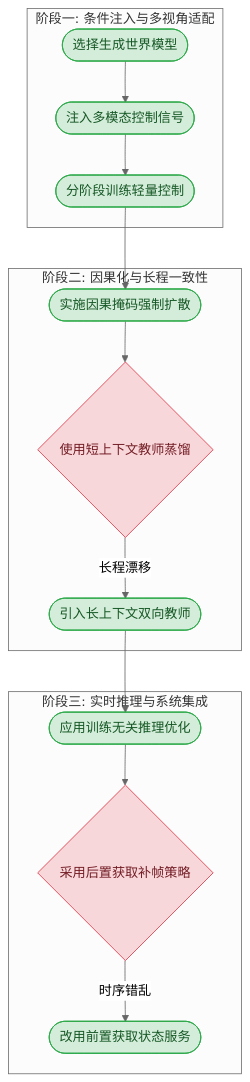
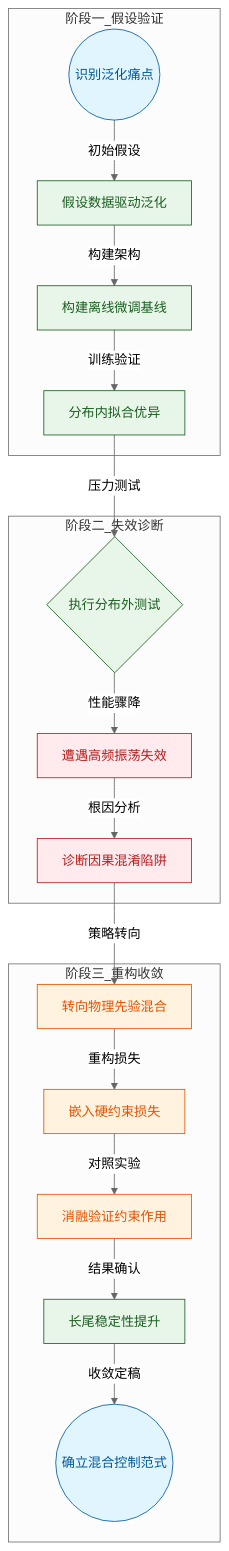
The seventh of 10 diagrams in person_vault/2026-06-12_OmniDreamsRealTimeGenerativeWorldModel_2606.03159/report.md (ShinewineW/paper-rolling), drawn with Mermaid (neutral theme) before and after one commit. The commit also changed other lines of this file and 300 other files, not shown here.

````diff
--- a/person_vault/2026-06-12_OmniDreamsRealTimeGenerativeWorldModel_2606.03159/report.md
+++ b/person_vault/2026-06-12_OmniDreamsRealTimeGenerativeWorldModel_2606.03159/report.md
@@ -486,26 +352,32 @@
 ```mermaid
 flowchart TD
-    subgraph phase_1_conditioning ["阶段一: 条件注入与多视角适配"]
-        a(["选择生成世界模型"]) --> b(["注入多模态控制信号"])
-        b --> c(["分阶段训练轻量控制"])
+    classDef start fill:#e1f5fe,stroke:#01579b,color:#01579b
+    classDef dead fill:#ffebee,stroke:#b71c1c,color:#b71c1c
+    classDef pivot fill:#fff3e0,stroke:#e65100,color:#e65100
+    classDef success fill:#e8f5e9,stroke:#1b5e20,color:#1b5e20
+
+    subgraph 阶段一_假设验证
+        q1((识别泛化痛点)) -->|初始假设| h1["假设数据驱动泛化"]
+        h1 -->|构建架构| exp1["构建离线微调基线"]
+        exp1 -->|训练验证| res1["分布内拟合优异"]
     end
 
-    subgraph phase_2_causality ["阶段二: 因果化与长程一致性"]
-        c --> d(["实施因果掩码强制扩散"])
-        d --> e{使用短上下文教师蒸馏}
-        e -- 长程漂移 --> f(["引入长上下文双向教师"])
+    subgraph 阶段二_失效诊断
+        res1 -->|压力测试| test1{执行分布外测试}
+        test1 -->|性能骤降| fail1["遭遇高频振荡失效"]
+        fail1 -->|根因分析| diag1["诊断因果混淆陷阱"]
     end
 
-    subgraph phase_3_system ["阶段三: 实时推理与系统集成"]
-        f --> g(["应用训练无关推理优化"])
-        g --> h{采用后置获取补帧策略}
-        h -- 时序错乱 --> i(["改用前置获取状态服务"])
+    subgraph 阶段三_重构收敛
+        diag1 -->|策略转向| pivot1["转向物理先验混合"]
+        pivot1 -->|重构损失| exp2["嵌入硬约束损失"]
+        exp2 -->|对照实验| abl1["消融验证约束作用"]
+        abl1 -->|结果确认| res2["长尾稳定性提升"]
+        res2 -->|收敛定稿| final((确立混合控制范式))
     end
 
-    classDef success fill:#d4edda,stroke:#28a745,color:#155724;
-    classDef fail fill:#f8d7da,stroke:#dc3545,color:#721c24;
-    classDef decision fill:#fff3cd,stroke:#ffc107,color:#856404;
-    
-    class a,b,c,d,f,g,i success;
-    class e,h fail;
+    class q1,final start
+    class fail1,diag1 dead
+    class pivot1,exp2,abl1 pivot
+    class h1,exp1,res1,test1,res2 success
 ```
````
